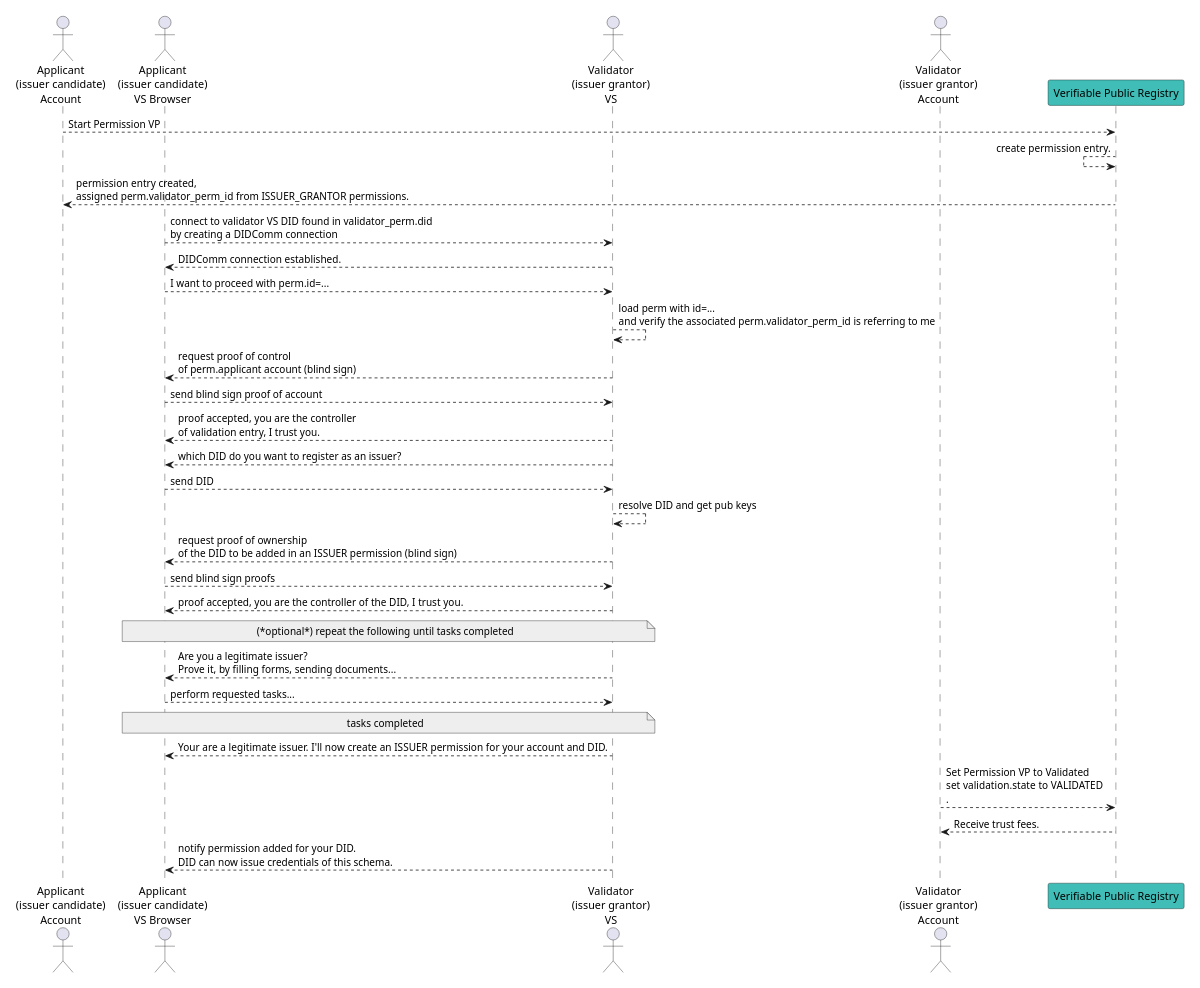
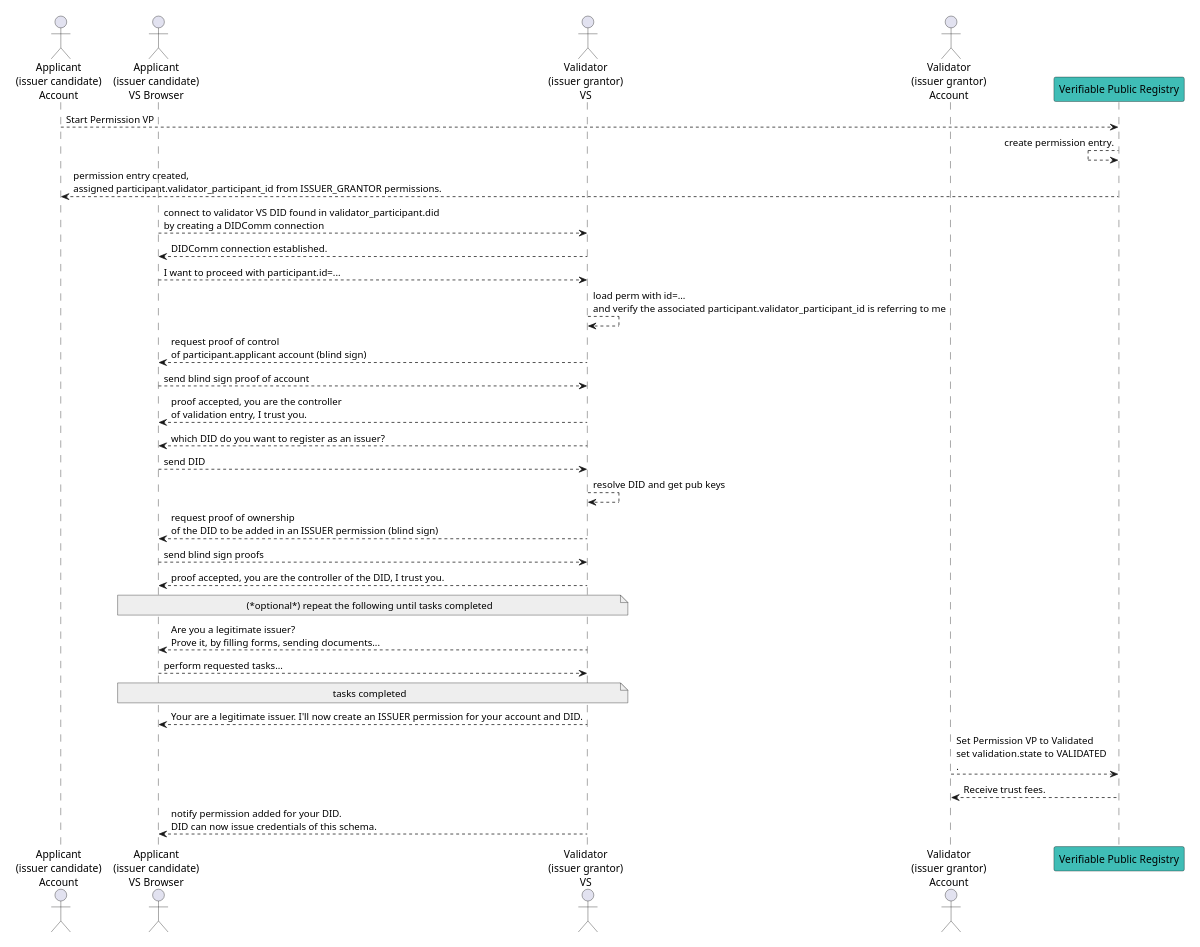
Before and after one commit to verana-labs/verifiable-trust-vpr-spec: diagram 20 of 20 in spec.md, drawn with PlantUML. The commit also changed other lines of this file, not shown here.

First line of the commit message:
refactor(spec): rename _perm/_perm_id variables to _participant/_participant_id

````diff
--- a/spec.md
+++ b/spec.md
@@ -4749,35 +4749,35 @@
 ```plantuml
 scale max 800 width
 actor "Applicant\n(issuer candidate)\nAccount" as ApplicantAccount 
 actor "Applicant\n(issuer candidate)\nVS Browser" as ApplicantBrowser 
 
 actor "Validator\n(issuer grantor)\nVS" as ValidatorVS
 actor "Validator\n(issuer grantor)\nAccount" as ValidatorAccount
 
 participant "Verifiable Public Registry" as VPR #3fbdb6
 
 ApplicantAccount --> VPR: Start Permission VP
 VPR <-- VPR: create permission entry.
-ApplicantAccount <-- VPR: permission entry created,\nassigned perm.validator_perm_id from ISSUER_GRANTOR permissions.
-ApplicantBrowser --> ValidatorVS: connect to validator VS DID found in validator_perm.did\nby creating a DIDComm connection
+ApplicantAccount <-- VPR: permission entry created,\nassigned participant.validator_participant_id from ISSUER_GRANTOR permissions.
+ApplicantBrowser --> ValidatorVS: connect to validator VS DID found in validator_participant.did\nby creating a DIDComm connection
 ApplicantBrowser <-- ValidatorVS: DIDComm connection established.
-ApplicantBrowser --> ValidatorVS: I want to proceed with perm.id=...
-ValidatorVS --> ValidatorVS: load perm with id=...\nand verify the associated perm.validator_perm_id is referring to me
-ApplicantBrowser <-- ValidatorVS: request proof of control\nof perm.applicant account (blind sign)
+ApplicantBrowser --> ValidatorVS: I want to proceed with participant.id=...
+ValidatorVS --> ValidatorVS: load perm with id=...\nand verify the associated participant.validator_participant_id is referring to me
+ApplicantBrowser <-- ValidatorVS: request proof of control\nof participant.applicant account (blind sign)
 ApplicantBrowser --> ValidatorVS: send blind sign proof of account
 ApplicantBrowser <-- ValidatorVS: proof accepted, you are the controller\nof validation entry, I trust you.
 ApplicantBrowser <-- ValidatorVS: which DID do you want to register as an issuer?
 ApplicantBrowser --> ValidatorVS: send DID
 ValidatorVS --> ValidatorVS: resolve DID and get pub keys
 ApplicantBrowser <-- ValidatorVS: request proof of ownership\nof the DID to be added in an ISSUER permission (blind sign)
 ApplicantBrowser --> ValidatorVS: send blind sign proofs
 ApplicantBrowser <-- ValidatorVS: proof accepted, you are the controller of the DID, I trust you.
 note over ApplicantBrowser, ValidatorVS #EEEEEE: (*optional*) repeat the following until tasks completed
 ApplicantBrowser <-- ValidatorVS: Are you a legitimate issuer?\nProve it, by filling forms, sending documents...
 ApplicantBrowser --> ValidatorVS: perform requested tasks...
 note over ApplicantBrowser, ValidatorVS #EEEEEE: tasks completed
 ApplicantBrowser <-- ValidatorVS: Your are a legitimate issuer. I'll now create an ISSUER permission for your account and DID.
 ValidatorAccount --> VPR #3fbdb6: Set Permission VP to Validated\nset validation.state to VALIDATED\n.
 VPR --> ValidatorAccount: Receive trust fees.
 ApplicantBrowser <-- ValidatorVS: notify permission added for your DID.\nDID can now issue credentials of this schema.
 ```
````
